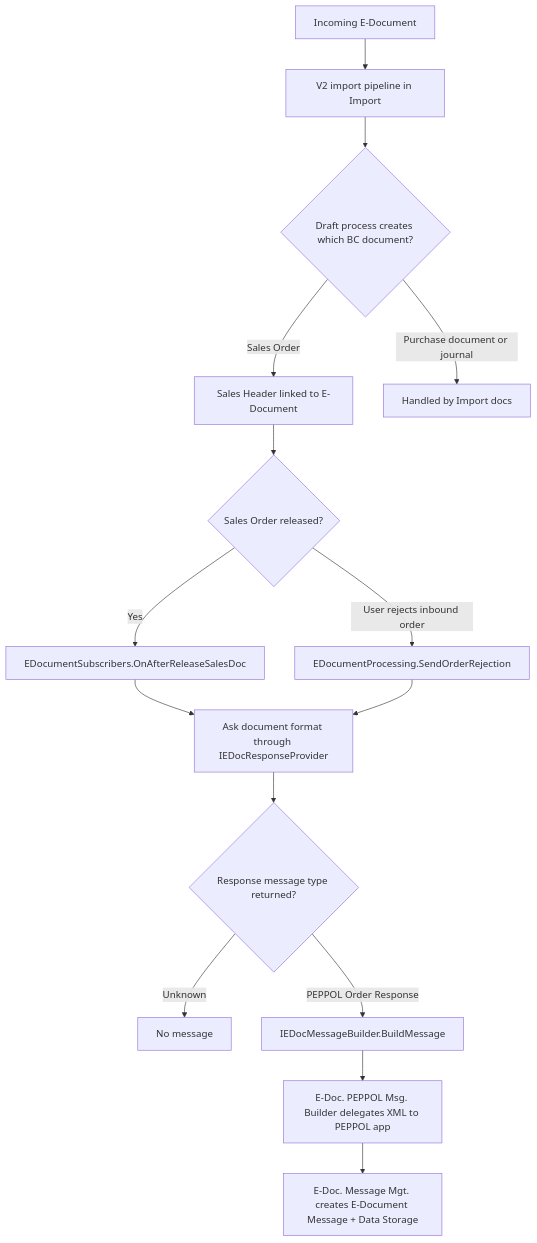
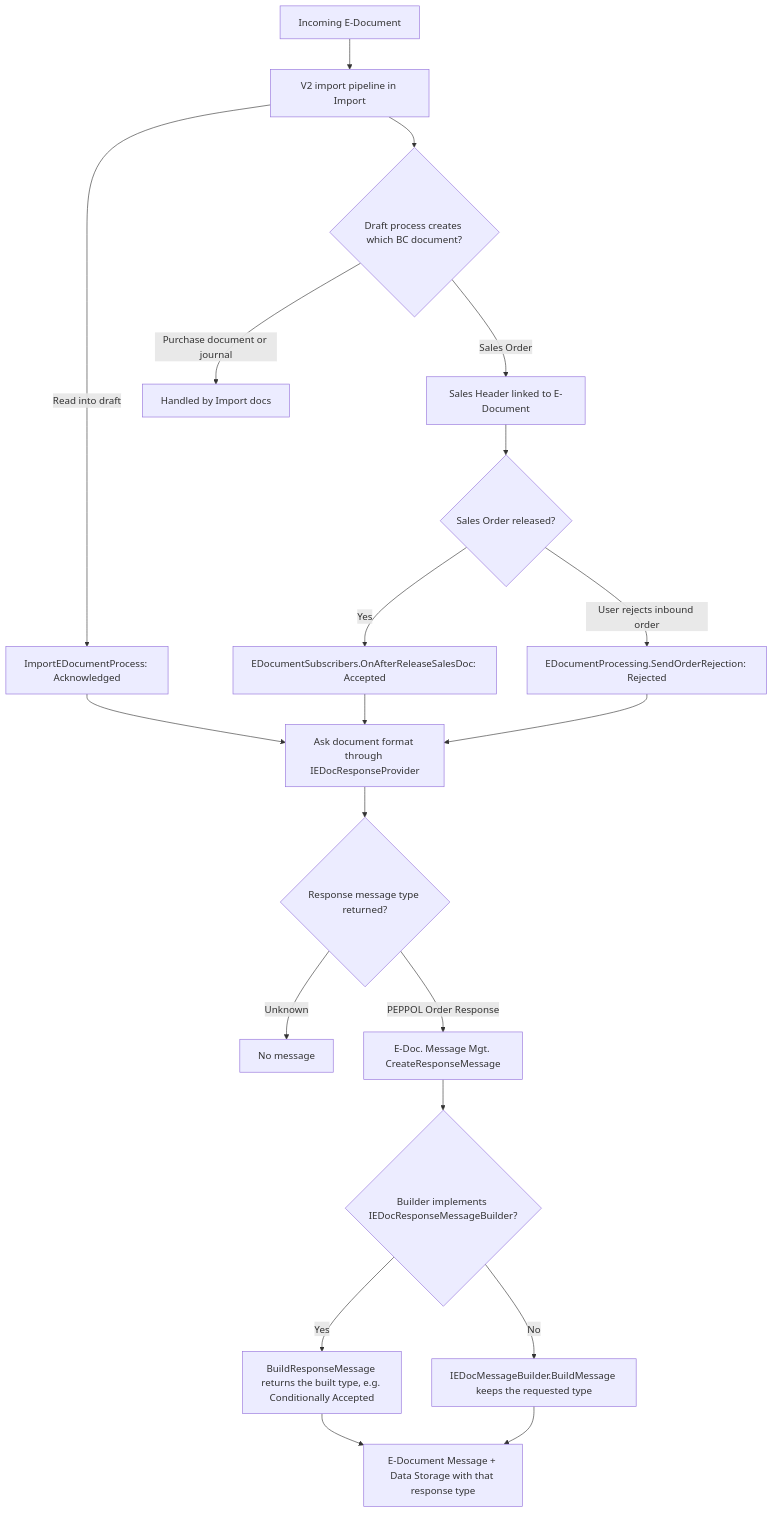
Before and after one commit to StefanMaron/MSDyn365BC.Sandbox.Code.History: the second of 2 diagrams in E-Document Core/src/Processing/docs/business-logic.md, drawn with Mermaid. The commit also changed other lines of this file and 425 other files, not shown here.

````diff
--- a/E-Document Core/src/Processing/docs/business-logic.md
+++ b/E-Document Core/src/Processing/docs/business-logic.md
@@ -62,17 +62,22 @@
 ```mermaid
 flowchart TD
     A[Incoming E-Document] --> B[V2 import pipeline in Import]
     B --> C{Draft process creates which BC document?}
     C -- Sales Order --> D[Sales Header linked to E-Document]
     C -- Purchase document or journal --> X[Handled by Import docs]
+    B -- Read into draft --> R[ImportEDocumentProcess: Acknowledged]
     D --> E{Sales Order released?}
-    E -- Yes --> F[EDocumentSubscribers.OnAfterReleaseSalesDoc]
-    E -- User rejects inbound order --> G[EDocumentProcessing.SendOrderRejection]
-    F --> H[Ask document format through IEDocResponseProvider]
+    E -- Yes --> F[EDocumentSubscribers.OnAfterReleaseSalesDoc: Accepted]
+    E -- User rejects inbound order --> G[EDocumentProcessing.SendOrderRejection: Rejected]
+    R --> H[Ask document format through IEDocResponseProvider]
+    F --> H
     G --> H
     H --> I{Response message type returned?}
     I -- Unknown --> Z[No message]
-    I -- PEPPOL Order Response --> J[IEDocMessageBuilder.BuildMessage]
-    J --> K[E-Doc. PEPPOL Msg. Builder delegates XML to PEPPOL app]
-    K --> L[E-Doc. Message Mgt. creates E-Document Message + Data Storage]
+    I -- PEPPOL Order Response --> M[E-Doc. Message Mgt. CreateResponseMessage]
+    M --> J{Builder implements IEDocResponseMessageBuilder?}
+    J -- Yes --> K[BuildResponseMessage returns the built type, e.g. Conditionally Accepted]
+    J -- No --> N[IEDocMessageBuilder.BuildMessage keeps the requested type]
+    K --> L[E-Document Message + Data Storage with that response type]
+    N --> L
 ```
````
